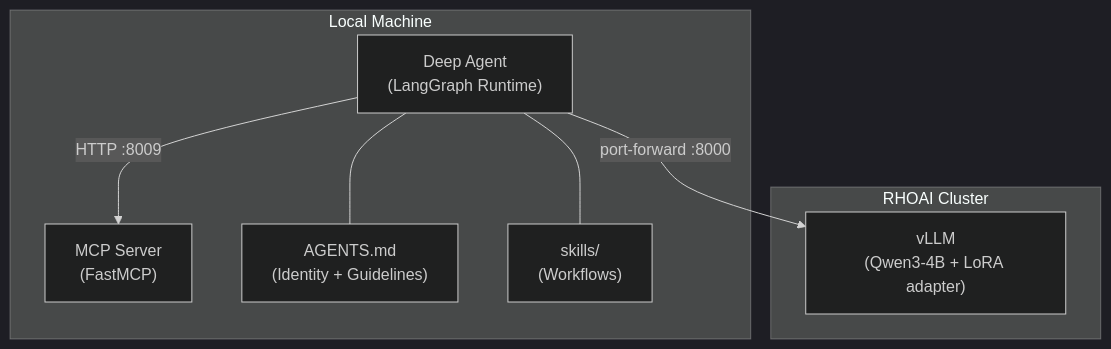
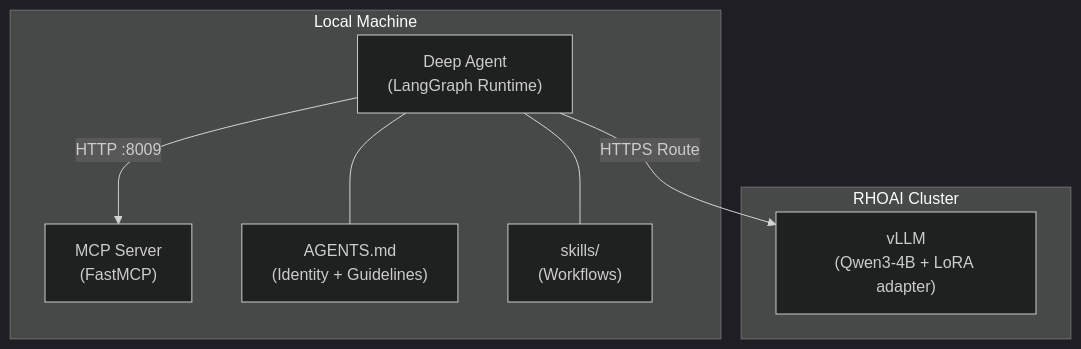
One commit to rrbanda/rhoai changed the first of 2 diagrams in docs/end-to-end/deep-agent.md. Above: the diagram before and after it, drawn with Mermaid (dark theme). The commit also changed other lines of this file and 3 other files, not shown here.

First line of the commit message:
fix: use Route instead of port-forward, align MODEL_NAME with serving YAML

````diff
--- a/docs/end-to-end/deep-agent.md
+++ b/docs/end-to-end/deep-agent.md
@@ -25,16 +25,16 @@
 ```mermaid
 graph TB
     subgraph cluster ["RHOAI Cluster"]
         vllm["vLLM<br/>(Qwen3-4B + LoRA adapter)"]
     end
     subgraph local ["Local Machine"]
         agent["Deep Agent<br/>(LangGraph Runtime)"]
         mcp["MCP Server<br/>(FastMCP)"]
         memory["AGENTS.md<br/>(Identity + Guidelines)"]
         skills["skills/<br/>(Workflows)"]
     end
-    agent -->|"port-forward :8000"| vllm
+    agent -->|"HTTPS Route"| vllm
     agent -->|"HTTP :8009"| mcp
     agent --- memory
     agent --- skills
 ```
````
